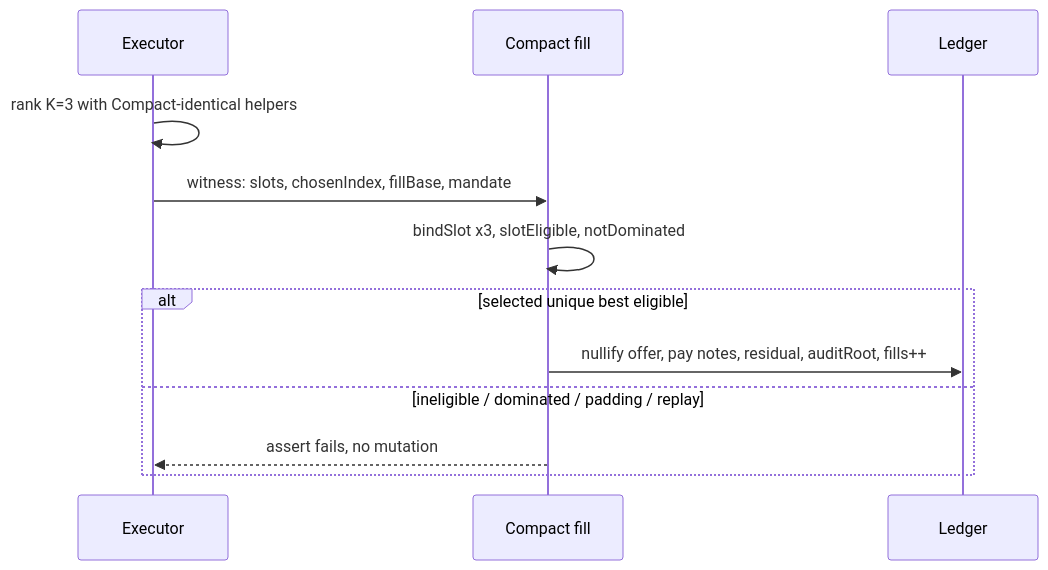
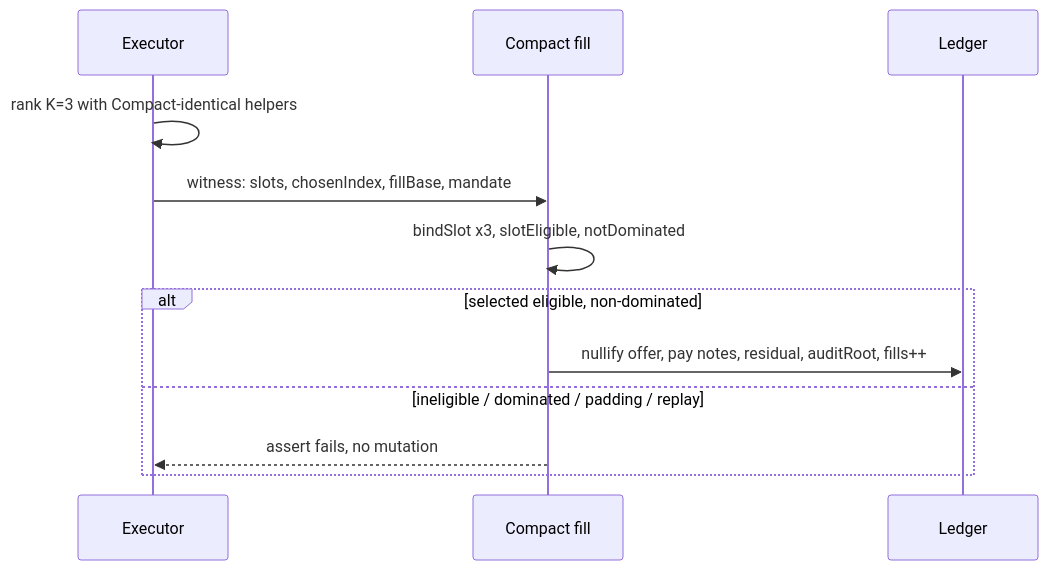
The fourth of 9 diagrams in README.md (mohamedwael201193/REMIT), drawn with Mermaid before and after one commit. The commit also changed other lines of this file and 7 other files, not shown here.

````diff
--- a/README.md
+++ b/README.md
@@ -274,14 +291,14 @@
 ```mermaid
 sequenceDiagram
   participant E as Executor
   participant C as Compact fill
   participant L as Ledger
   E->>E: rank K=3 with Compact-identical helpers
   E->>C: witness: slots, chosenIndex, fillBase, mandate
   C->>C: bindSlot x3, slotEligible, notDominated
-  alt selected unique best eligible
+  alt selected eligible, non-dominated
     C->>L: nullify offer, pay notes, residual, auditRoot, fills++
   else ineligible / dominated / padding / replay
     C-->>E: assert fails, no mutation
   end
 ```
````
